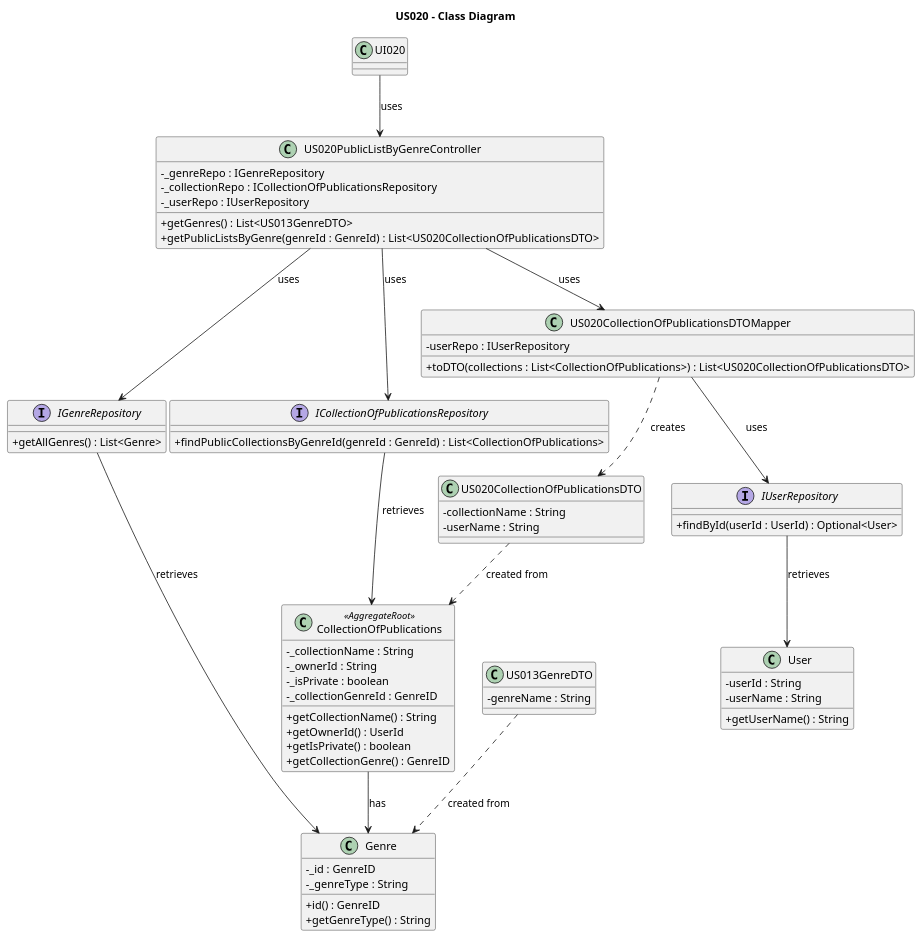
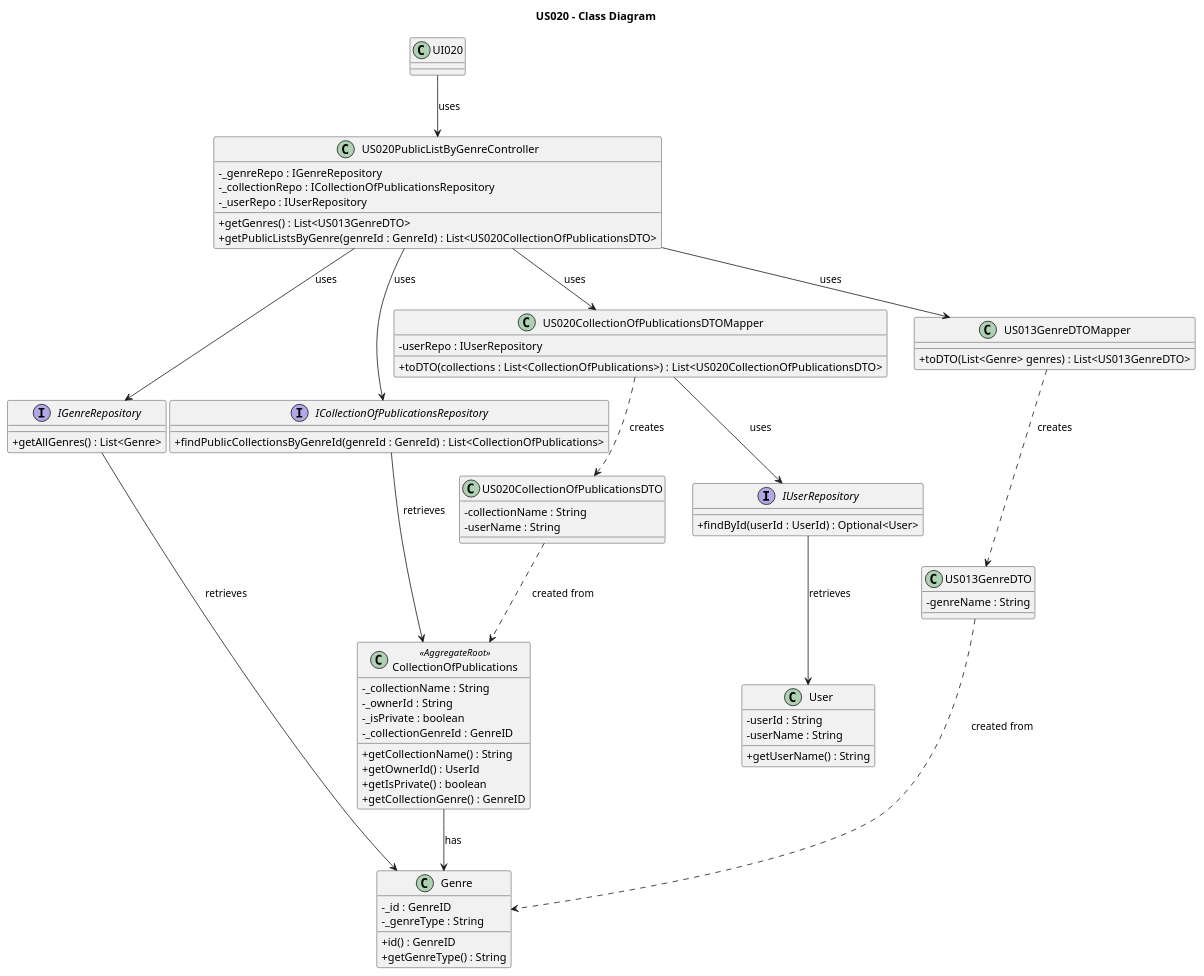
One commit to AndrePereiraGitH/SWitCH-Project-Team_A changed the diagram in Diagrams/ClassDiagrams/US020-to-get-list-of-public-lists-of-a-given-genre.puml. Above: the diagram before and after it, drawn with PlantUML. The commit also changed 2 other files, not shown here.

Commit message:
Working on #619, fixed SSD and CD diagrams for US020

```diff
--- a/Diagrams/ClassDiagrams/US020-to-get-list-of-public-lists-of-a-given-genre.puml
+++ b/Diagrams/ClassDiagrams/US020-to-get-list-of-public-lists-of-a-given-genre.puml
@@ -1,81 +1,87 @@
 @startuml
 skinparam classAttributeIconSize 0
 
 title US020 - Class Diagram
 
 class US020PublicListByGenreController {
   -_genreRepo : IGenreRepository
   -_collectionRepo : ICollectionOfPublicationsRepository
   -_userRepo : IUserRepository
   +getGenres() : List<US013GenreDTO>
   +getPublicListsByGenre(genreId : GenreId) : List<US020CollectionOfPublicationsDTO>
 }
 
 Interface IGenreRepository {
   +getAllGenres() : List<Genre>
 }
 
 Interface ICollectionOfPublicationsRepository {
   +findPublicCollectionsByGenreId(genreId : GenreId) : List<CollectionOfPublications>
 }
 
 class US020CollectionOfPublicationsDTOMapper {
   -userRepo : IUserRepository
   +toDTO(collections : List<CollectionOfPublications>) : List<US020CollectionOfPublicationsDTO>
 }
 
 Interface IUserRepository {
   +findById(userId : UserId) : Optional<User>
 }
 
 class CollectionOfPublications <<AggregateRoot>> {
   -_collectionName : String
   -_ownerId : String
   -_isPrivate : boolean
   -_collectionGenreId : GenreID
   +getCollectionName() : String
   +getOwnerId() : UserId
   +getIsPrivate() : boolean
   +getCollectionGenre() : GenreID
 }
 
 class Genre {
   -_id : GenreID
   -_genreType : String
   +id() : GenreID
   +getGenreType() : String
 }
 
 class User {
   -userId : String
   -userName : String
   +getUserName() : String
 }
 
 class US013GenreDTO {
   -genreName : String
 }
 
 class US020CollectionOfPublicationsDTO {
   -collectionName : String
   -userName : String
 }
 
+class US013GenreDTOMapper {
+  +toDTO(List<Genre> genres) : List<US013GenreDTO>
+}
+
 UI020 --> US020PublicListByGenreController : uses
 
 US020PublicListByGenreController --> IGenreRepository : uses
 US020PublicListByGenreController --> ICollectionOfPublicationsRepository : uses
 US020PublicListByGenreController --> US020CollectionOfPublicationsDTOMapper : uses
+US020PublicListByGenreController --> US013GenreDTOMapper : uses
 
 US020CollectionOfPublicationsDTOMapper --> IUserRepository : uses
 
 CollectionOfPublications --> Genre : has
+US013GenreDTOMapper ..> US013GenreDTO : creates
 US013GenreDTO ..> Genre : created from
 US020CollectionOfPublicationsDTO ..> CollectionOfPublications : created from
 US020CollectionOfPublicationsDTOMapper ..> US020CollectionOfPublicationsDTO : creates
 
 IUserRepository --> User : retrieves
 ICollectionOfPublicationsRepository --> CollectionOfPublications : retrieves
 IGenreRepository --> Genre : retrieves
 
 @enduml
```
